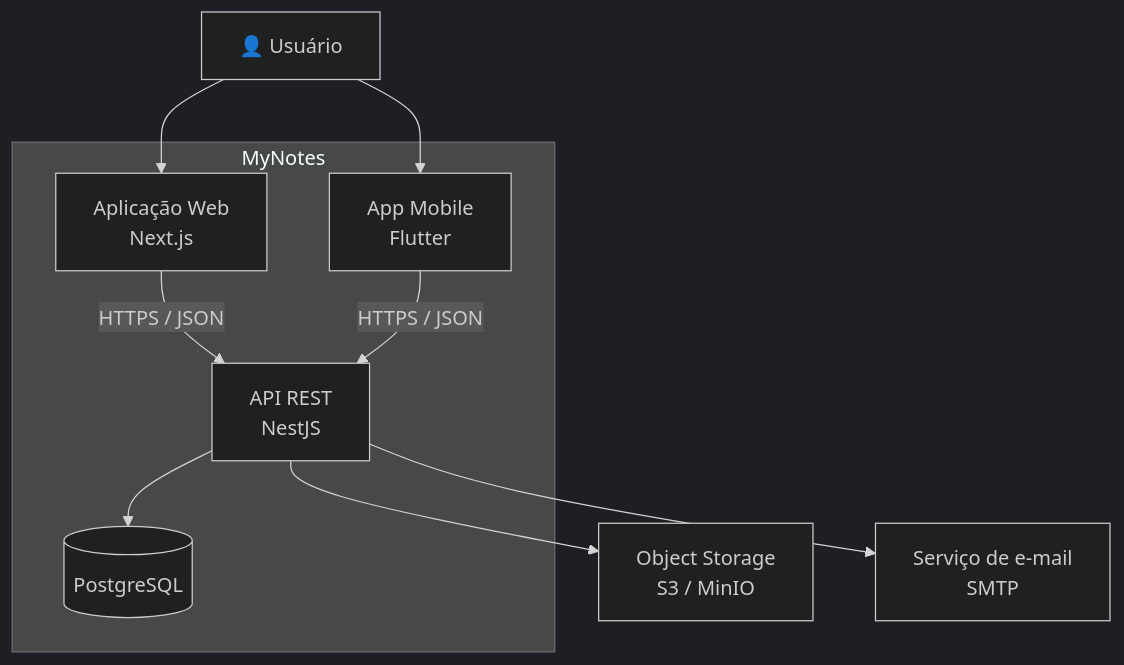
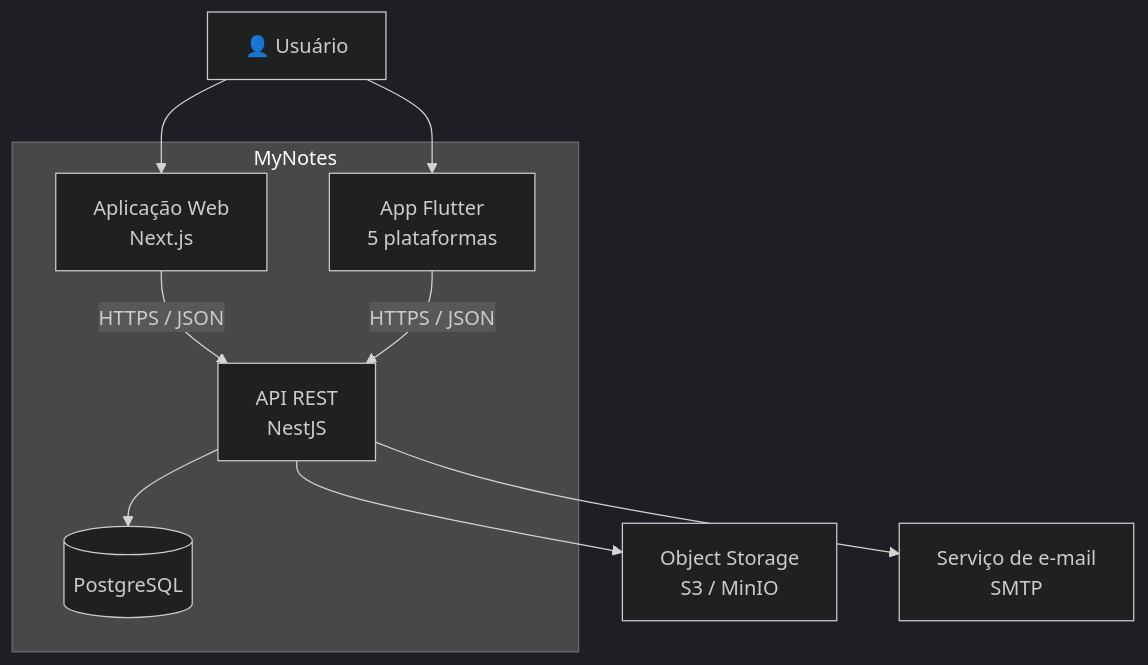
The first of 5 diagrams in docs/architecture/overview.md (AntonioAndradeGomes/my_notes), drawn with Mermaid (dark theme) before and after one commit. The commit also changed other lines of this file and 12 other files, not shown here.

First line of the commit message:
docs(mobile): estabelece a arquitetura real do app Flutter

````diff
--- a/docs/architecture/overview.md
+++ b/docs/architecture/overview.md
@@ -18,22 +18,22 @@
 ```mermaid
 graph TB
     U["👤 Usuário"]
 
     subgraph MyNotes
         WEB["Aplicação Web<br/>Next.js"]
-        APP["App Mobile<br/>Flutter"]
+        APP["App Flutter<br/>5 plataformas"]
         API["API REST<br/>NestJS"]
         DB[("PostgreSQL")]
     end
 
     S3["Object Storage<br/>S3 / MinIO"]
     MAIL["Serviço de e-mail<br/>SMTP"]
 
     U --> WEB
     U --> APP
     WEB -->|HTTPS / JSON| API
     APP -->|HTTPS / JSON| API
     API --> DB
     API --> S3
     API --> MAIL
 ```
````
